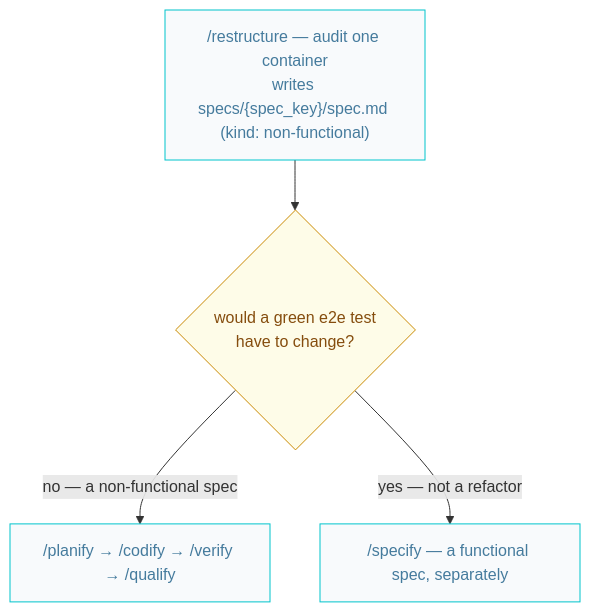
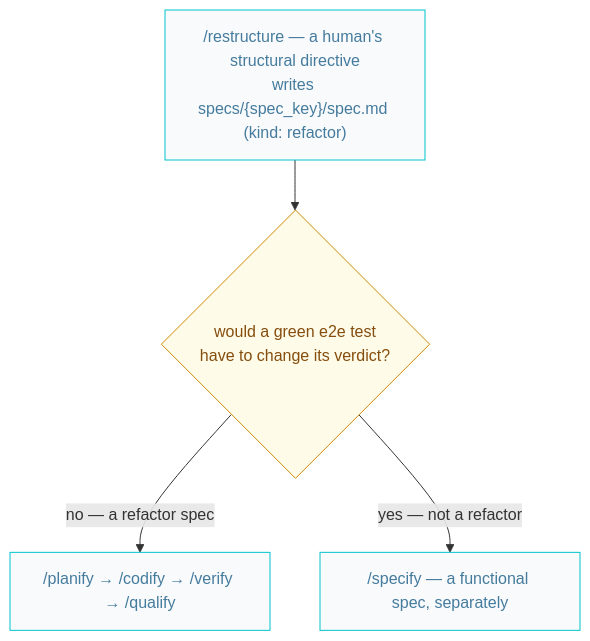
One commit to AIDDbot/AIDDbot changed the eighth of 10 diagrams in docs/AIDD.workflow.md. Above: the diagram before and after it, drawn with Mermaid. The commit also changed other lines of this file and 5 other files, not shown here.

````diff
--- a/docs/AIDD.workflow.md
+++ b/docs/AIDD.workflow.md
@@ -291,9 +293,9 @@
 ```mermaid
 flowchart TD
   classDef nd fill:#f8fafc,stroke:#00c4cc,color:#457b9d
   classDef q fill:#fefce8,stroke:#ca8a04,color:#854d0e
 
-  REF["/restructure — audit one container<br/>writes specs/{spec_key}/spec.md (kind: non-functional)"]:::nd --> Q{"would a green e2e test<br/>have to change?"}:::q
-  Q -->|"no — a non-functional spec"| PLN["/planify → /codify → /verify → /qualify"]:::nd
+  REF["/restructure — a human's structural directive<br/>writes specs/{spec_key}/spec.md (kind: refactor)"]:::nd --> Q{"would a green e2e test<br/>have to change its verdict?"}:::q
+  Q -->|"no — a refactor spec"| PLN["/planify → /codify → /verify → /qualify"]:::nd
   Q -->|"yes — not a refactor"| SPC["/specify — a functional spec, separately"]:::nd
 ```
````
